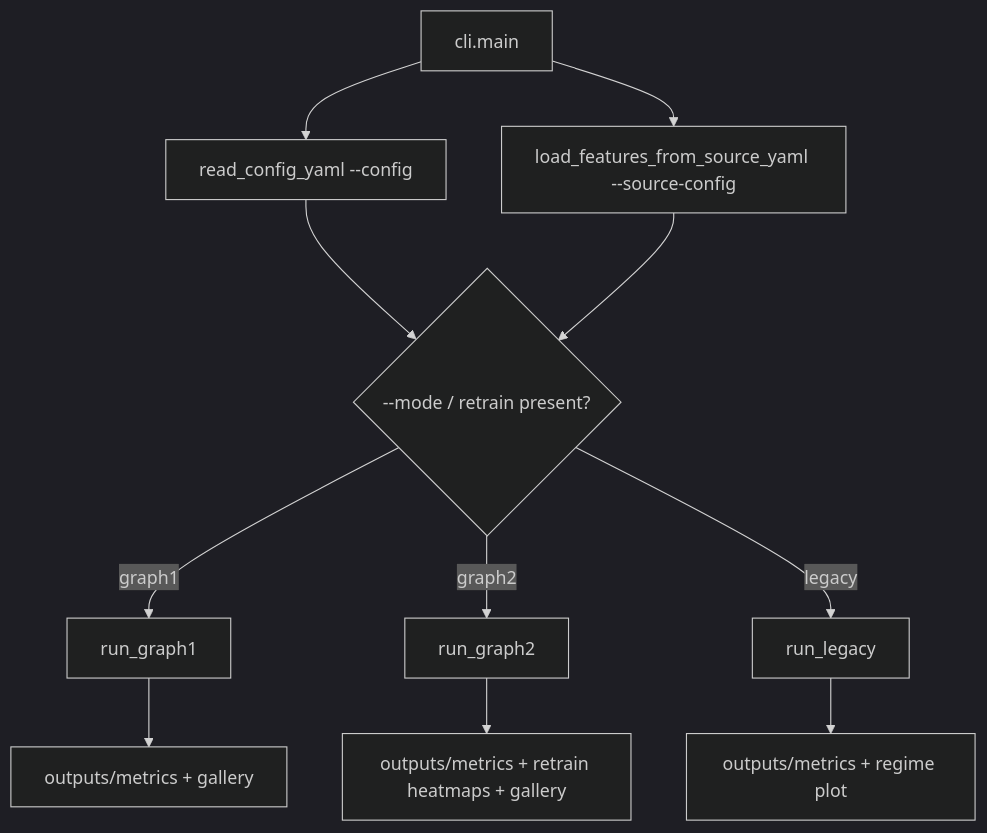
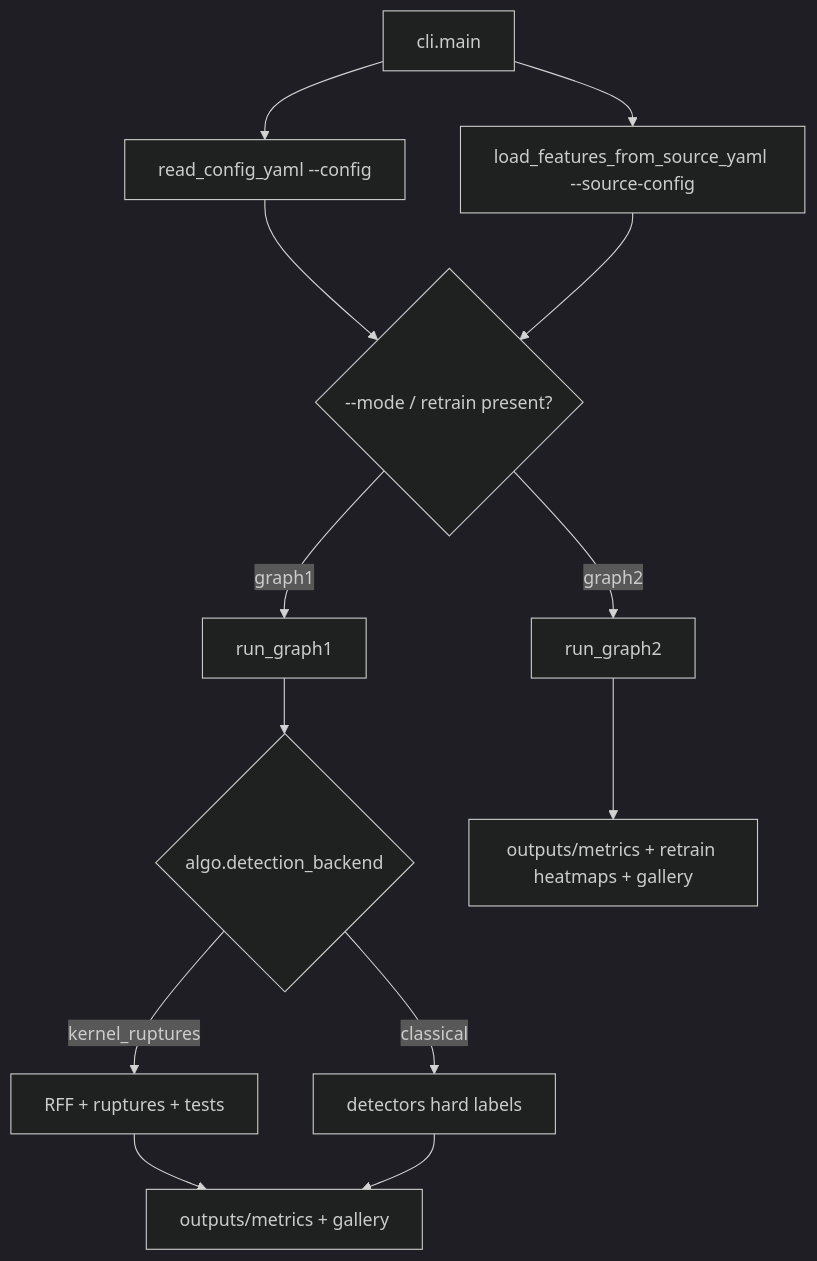
Before and after one commit to FulgentMcGuffin/gulfstream: the first of 4 diagrams in README.md, drawn with Mermaid (dark theme). The commit also changed other lines of this file and 41 other files, not shown here.

First line of the commit message:
Refactor regime detection pipelines and remove legacy support

````diff
--- a/README.md
+++ b/README.md
@@ -102,13 +118,15 @@
 ```mermaid
 flowchart TD
   cli["cli.main"] --> loadCfg["read_config_yaml --config"]
   cli --> loadSrc["load_features_from_source_yaml --source-config"]
   loadCfg --> mode{"--mode / retrain present?"}
   loadSrc --> mode
   mode -->|graph1| g1["run_graph1"]
   mode -->|graph2| g2["run_graph2"]
-  mode -->|legacy| leg["run_legacy"]
-  g1 --> out1["outputs/metrics + gallery"]
+  g1 --> backend{"algo.detection_backend"}
+  backend -->|kernel_ruptures| core["RFF + ruptures + tests"]
+  backend -->|classical| clas["detectors hard labels"]
+  core --> out1["outputs/metrics + gallery"]
+  clas --> out1
   g2 --> out2["outputs/metrics + retrain heatmaps + gallery"]
-  leg --> out3["outputs/metrics + regime plot"]
 ```
````
